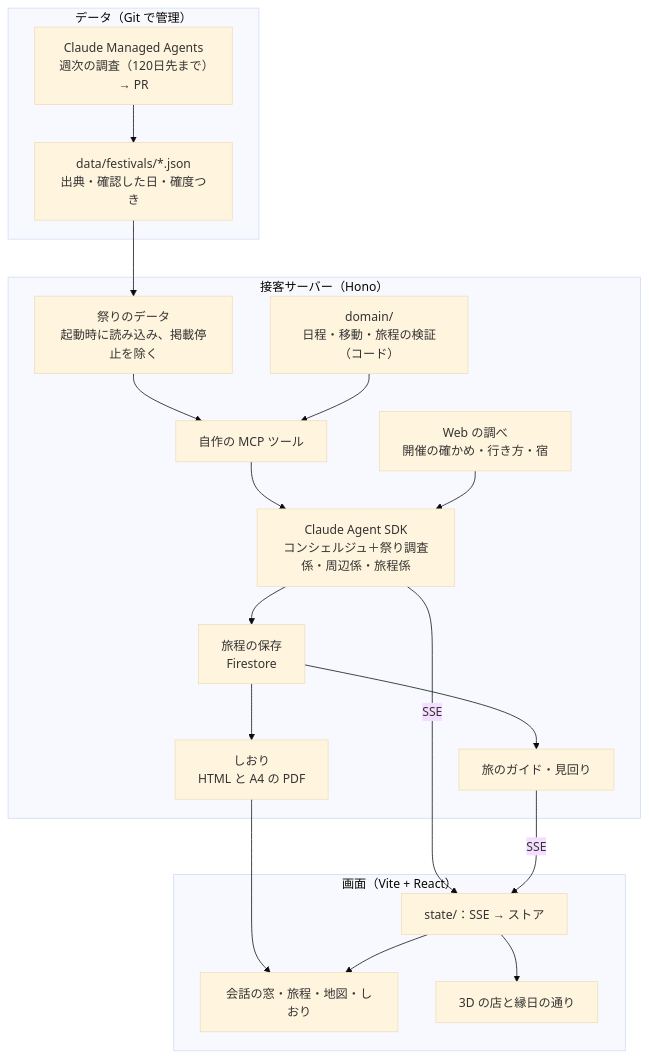
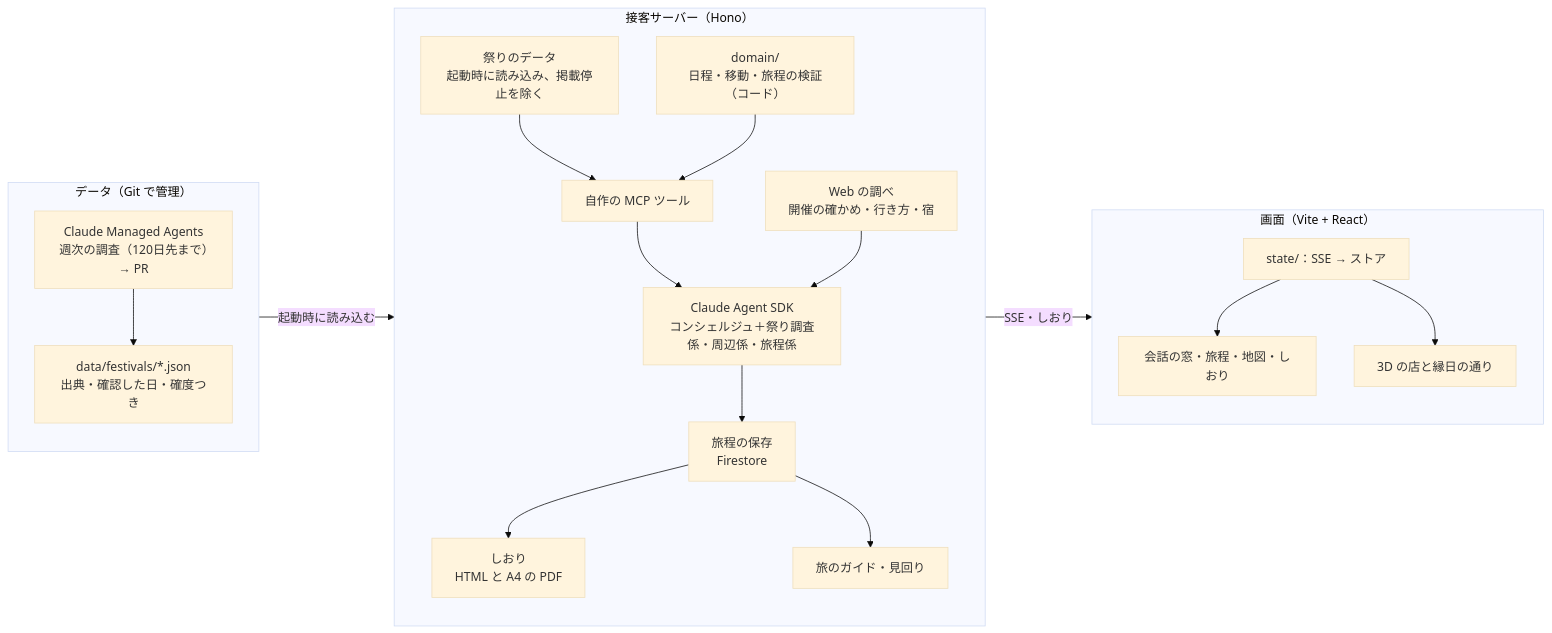
One commit to kdoai/matsuri-ikoka changed the diagram in README.md. Above: the diagram before and after it, drawn with Mermaid (base theme).

Commit message:
docs: README の全体の図を、3つのまとまりを横に並べて中を縦にする形にする

````diff
--- a/README.md
+++ b/README.md
@@ -269,30 +269,37 @@
 ```mermaid
-flowchart TB
+flowchart LR
   subgraph Data["データ（Git で管理）"]
+    direction TB
     MA["Claude Managed Agents<br/>週次の調査（120日先まで）→ PR"]
     FJ["data/festivals/*.json<br/>出典・確認した日・確度つき"]
   end
   subgraph Server["接客サーバー（Hono）"]
+    direction TB
     ST["祭りのデータ<br/>起動時に読み込み、掲載停止を除く"]
     DM["domain/<br/>日程・移動・旅程の検証（コード）"]
     TL["自作の MCP ツール"]
     AG["Claude Agent SDK<br/>コンシェルジュ＋祭り調査係・周辺係・旅程係"]
     WEB["Web の調べ<br/>開催の確かめ・行き方・宿"]
     GD["旅のガイド・見回り"]
     SV["旅程の保存<br/>Firestore"]
     SH["しおり<br/>HTML と A4 の PDF"]
   end
   subgraph Web["画面（Vite + React）"]
+    direction TB
     SE["state/：SSE → ストア"]
     UI["会話の窓・旅程・地図・しおり"]
     TD["3D の店と縁日の通り"]
   end
-  MA --> FJ --> ST --> TL
-  DM --> TL --> AG
+  MA --> FJ
+  ST --> TL
+  DM --> TL
+  TL --> AG
   WEB --> AG
-  AG -->|SSE| SE
-  AG --> SV --> SH --> UI
-  SV --> GD -->|SSE| SE
+  AG --> SV
+  SV --> SH
+  SV --> GD
   SE --> UI
   SE --> TD
+  Data -->|起動時に読み込む| Server
+  Server -->|SSE・しおり| Web
 ```
````
